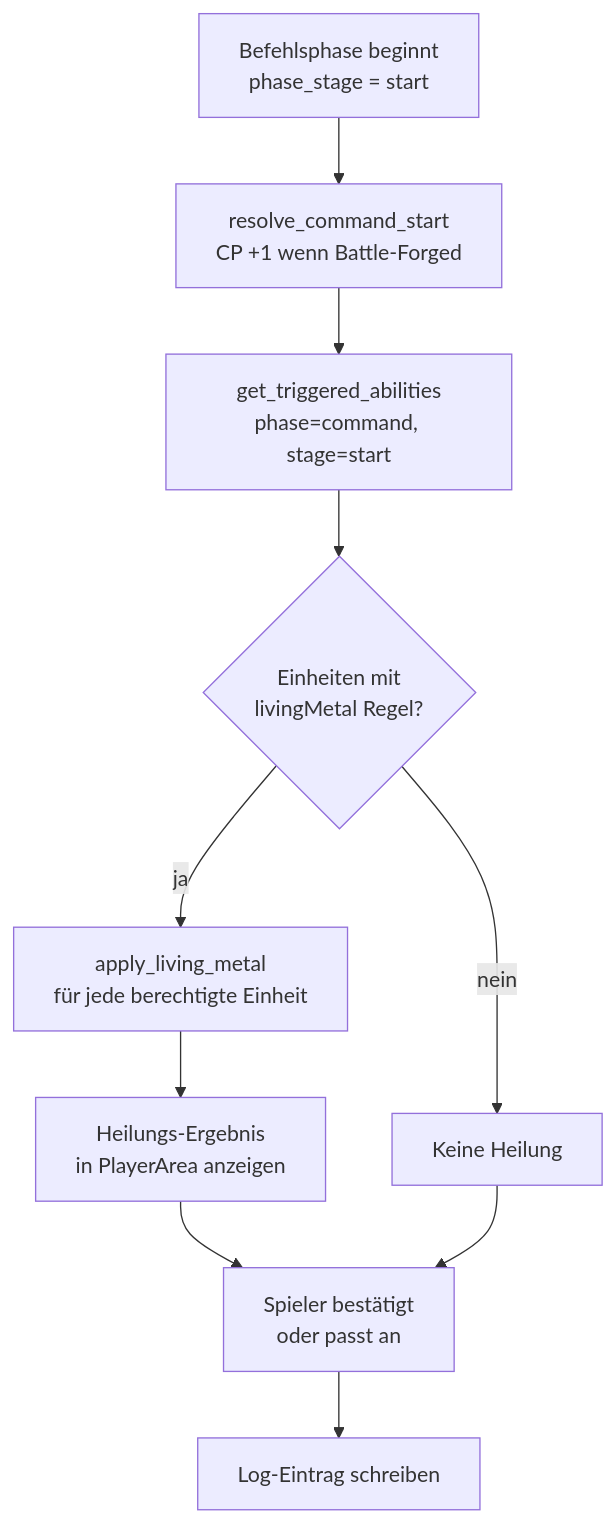
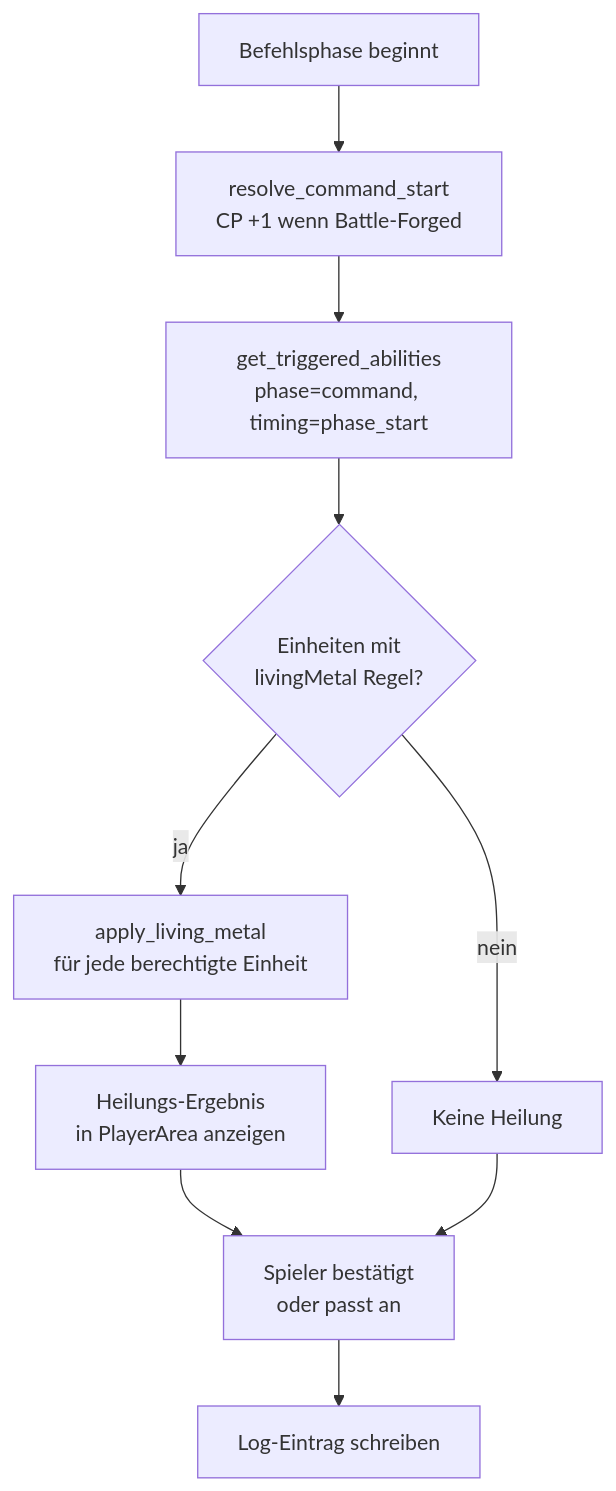
One commit to WolfgangKoe/Arbiter changed the fifth of 15 diagrams in docs/spec/processes.md. Above: the diagram before and after it, drawn with Mermaid. The commit also changed other lines of this file and 9 other files, not shown here.

````diff
--- a/docs/spec/processes.md
+++ b/docs/spec/processes.md
@@ -115,12 +112,12 @@
 ```mermaid
 flowchart TD
-    A[Befehlsphase beginnt\nphase_stage = start] --> B[resolve_command_start\nCP +1 wenn Battle-Forged]
-    B --> C[get_triggered_abilities\nphase=command, stage=start]
+    A[Befehlsphase beginnt] --> B[resolve_command_start\nCP +1 wenn Battle-Forged]
+    B --> C[get_triggered_abilities\nphase=command, timing=phase_start]
     C --> D{Einheiten mit\nlivingMetal Regel?}
     D -- ja --> E[apply_living_metal\nfür jede berechtigte Einheit]
     E --> F[Heilungs-Ergebnis\nin PlayerArea anzeigen]
     D -- nein --> G[Keine Heilung]
     F --> H[Spieler bestätigt\noder passt an]
     G --> H
     H --> I[Log-Eintrag schreiben]
 ```
````
